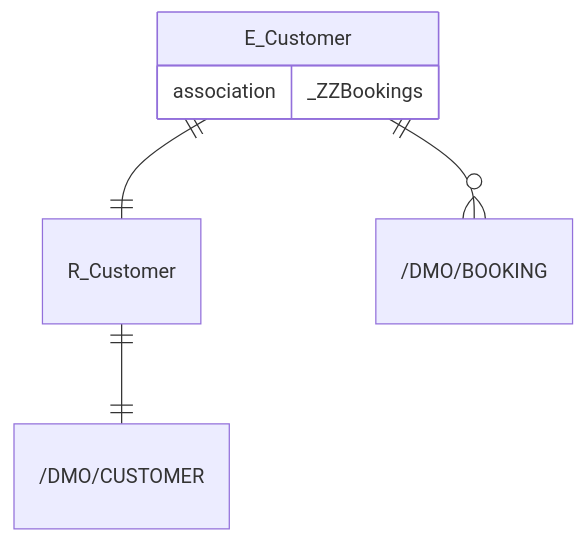
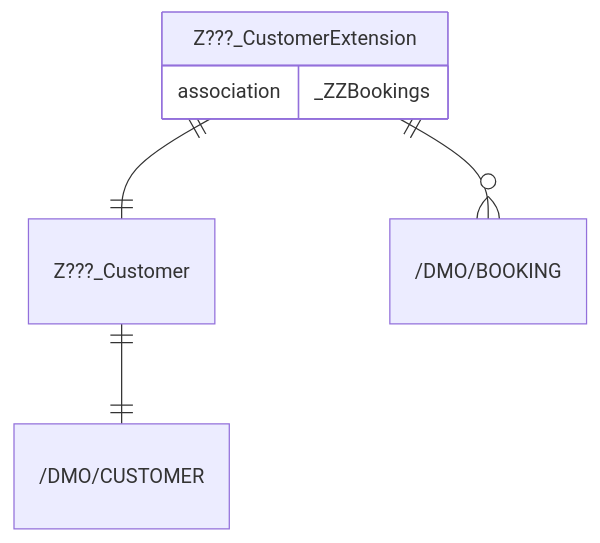
One commit to appenmaier/s4hana changed the diagram in docs/exercises/abap-cds/abap-cds-08.md. Above: the diagram before and after it, drawn with Mermaid. The commit also changed other lines of this file and 38 other files, not shown here.

````diff
--- a/docs/exercises/abap-cds/abap-cds-08.md
+++ b/docs/exercises/abap-cds/abap-cds-08.md
@@ -10,11 +10,11 @@
 ```mermaid
 erDiagram
 
-    R_Customer ||--|| "/DMO/CUSTOMER" : ""
-    E_Customer ||--|| R_Customer  : ""
-    E_Customer ||--o{ "/DMO/BOOKING" : ""
+    "Z???_Customer" ||--|| "/DMO/CUSTOMER" : ""
+    "Z???_CustomerExtension" ||--|| "Z???_Customer"  : ""
+    "Z???_CustomerExtension" ||--o{ "/DMO/BOOKING" : ""
 
-    E_Customer {
+    "Z???_CustomerExtension" {
         association _ZZBookings
     }
 ```
````
